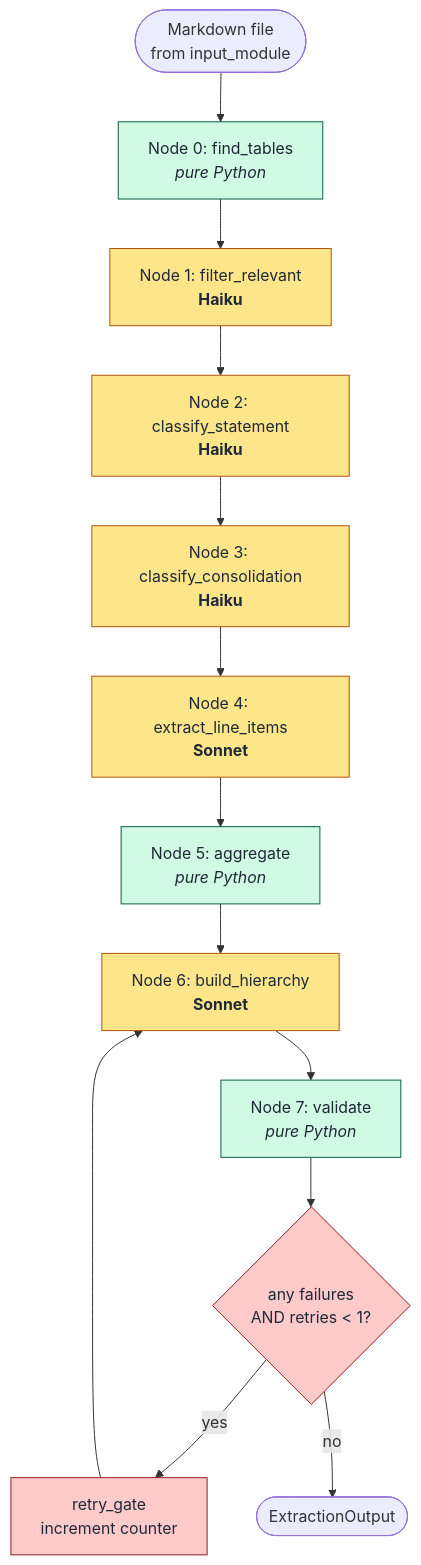
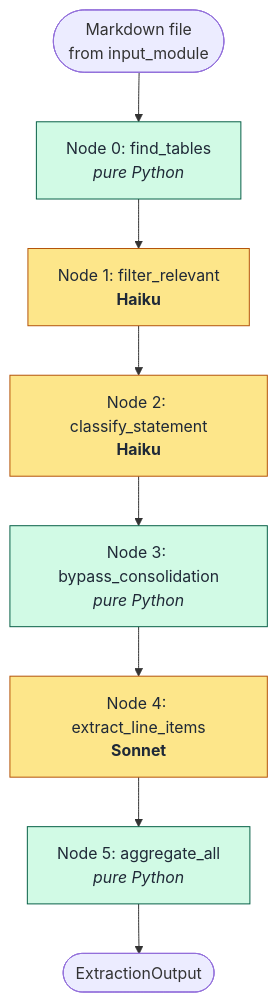
One commit to GSaiDheeraj/Financial-Document-Data-Extractor changed the first of 4 diagrams in Fundamentals Module.md. Above: the diagram before and after it, drawn with Mermaid. The commit also changed other lines of this file and 1 other file, not shown here.

````diff
--- a/Fundamentals Module.md
+++ b/Fundamentals Module.md
@@ -29,22 +29,15 @@
 ```mermaid
 flowchart TD
     Start([Markdown file<br/>from input_module]) --> N0
     N0[Node 0: find_tables<br/><i>pure Python</i>] --> N1
     N1[Node 1: filter_relevant<br/><b>Haiku</b>] --> N2
     N2[Node 2: classify_statement<br/><b>Haiku</b>] --> N3
-    N3[Node 3: classify_consolidation<br/><b>Haiku</b>] --> N4
+    N3[Node 3: bypass_consolidation<br/><i>pure Python</i>] --> N4
     N4[Node 4: extract_line_items<br/><b>Sonnet</b>] --> N5
-    N5[Node 5: aggregate<br/><i>pure Python</i>] --> N6
-    N6[Node 6: build_hierarchy<br/><b>Sonnet</b>] --> N7
-    N7[Node 7: validate<br/><i>pure Python</i>] --> Cond{any failures<br/>AND retries &lt; 1?}
-    Cond -- yes --> RG[retry_gate<br/>increment counter]
-    RG --> N6
-    Cond -- no --> End([ExtractionOutput])
+    N5[Node 5: aggregate_all<br/><i>pure Python</i>] --> End([ExtractionOutput])
 
     classDef llm fill:#fde68a,stroke:#b45309,color:#1f2937;
     classDef pure fill:#d1fae5,stroke:#065f46,color:#1f2937;
-    classDef gate fill:#fecaca,stroke:#991b1b,color:#1f2937;
-    class N1,N2,N3,N4,N6 llm;
-    class N0,N5,N7 pure;
-    class Cond,RG gate;
+    class N1,N2,N4 llm;
+    class N0,N3,N5 pure;
 ```
````
